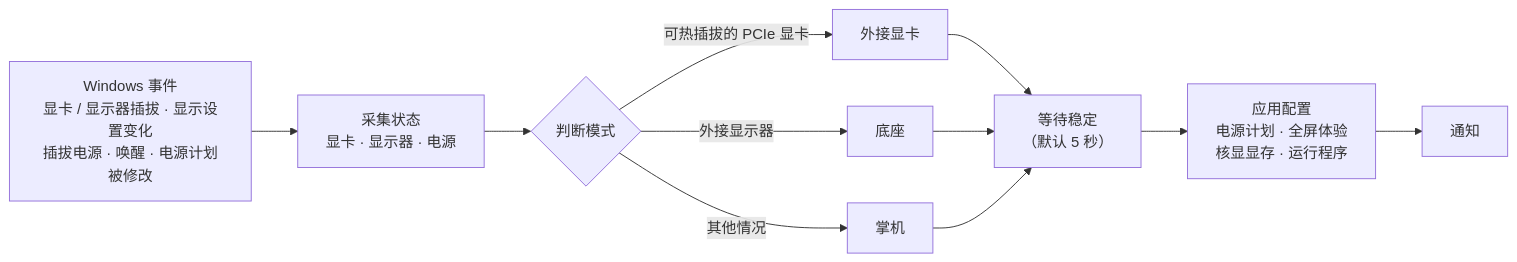
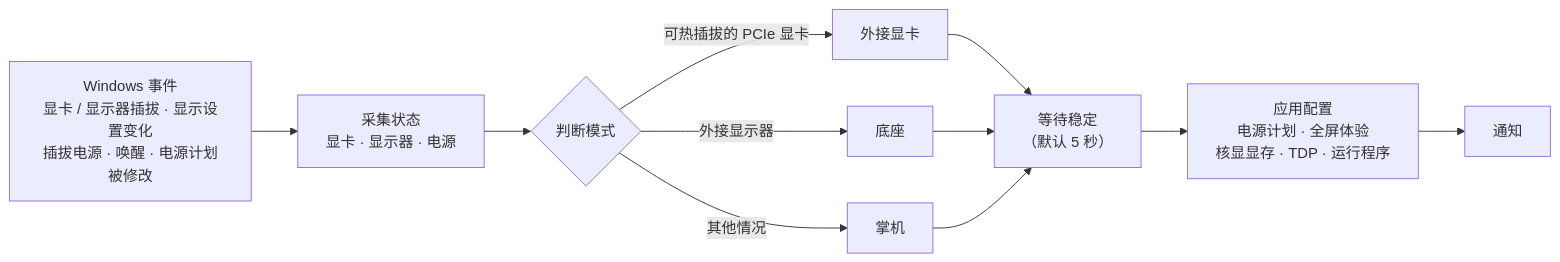
Before and after one commit to rozx/DockSense: the diagram in README.zh-CN.md, drawn with Mermaid. The commit also changed other lines of this file and 5 other files, not shown here.

````diff
--- a/README.zh-CN.md
+++ b/README.zh-CN.md
@@ -51,13 +51,13 @@
 ```mermaid
 flowchart LR
     E["Windows 事件<br/>显卡 / 显示器插拔 · 显示设置变化<br/>插拔电源 · 唤醒 · 电源计划被修改"] --> S["采集状态<br/>显卡 · 显示器 · 电源"]
     S --> M{"判断模式"}
     M -- "可热插拔的 PCIe 显卡" --> G["外接显卡"]
     M -- "外接显示器" --> D["底座"]
     M -- "其他情况" --> H["掌机"]
     G --> W["等待稳定<br/>（默认 5 秒）"]
     D --> W
     H --> W
-    W --> A["应用配置<br/>电源计划 · 全屏体验<br/>核显显存 · 运行程序"]
+    W --> A["应用配置<br/>电源计划 · 全屏体验<br/>核显显存 · TDP · 运行程序"]
     A --> N["通知"]
 ```
````
